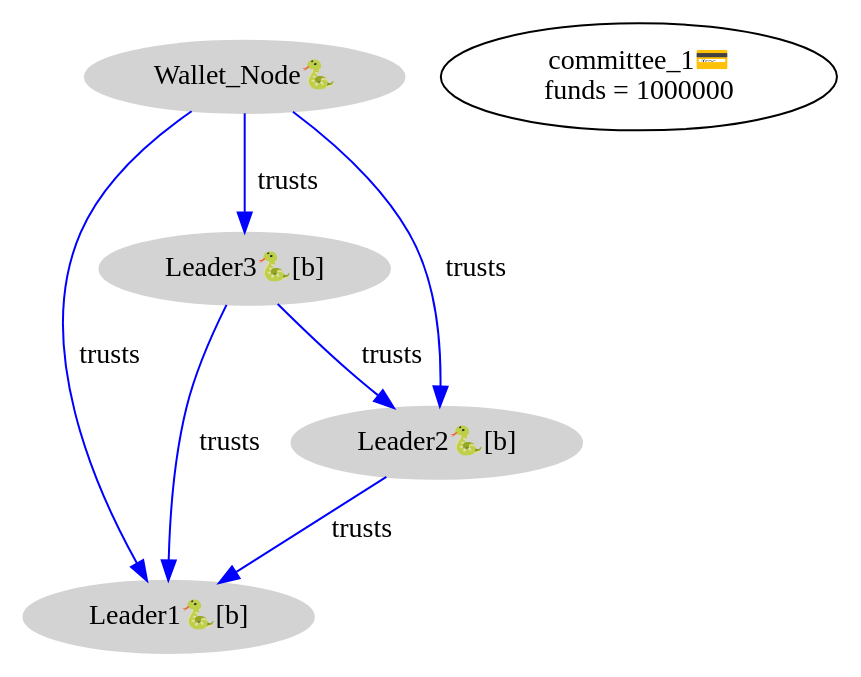
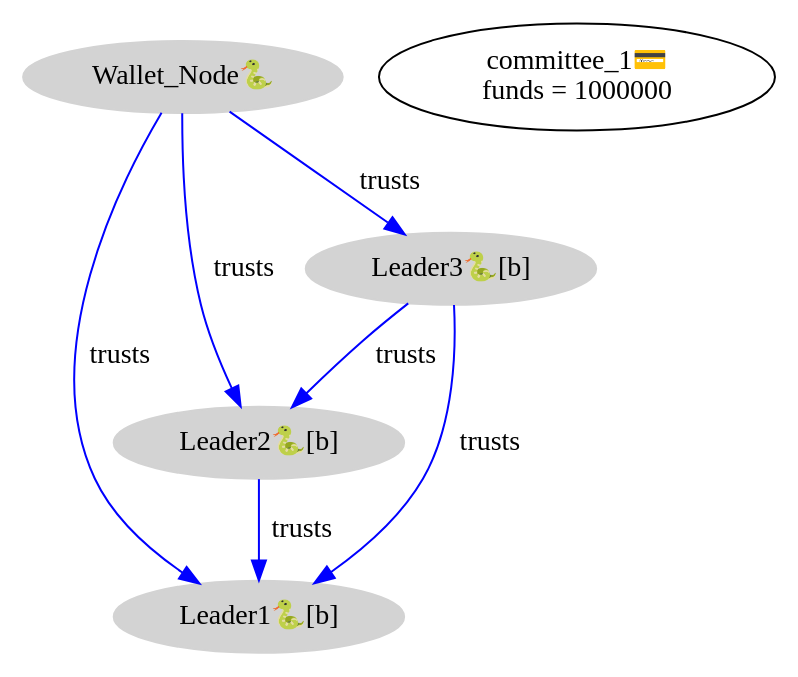
The diagram in src/vit-testing/vitup/initial_setup.dot (input-output-hk/catalyst-core), drawn with Graphviz before and after one commit. The commit also changed other lines of this file and 5 other files, not shown here.

```diff
--- a/src/vit-testing/vitup/initial_setup.dot
+++ b/src/vit-testing/vitup/initial_setup.dot
@@ -1,17 +1,17 @@
 digraph protocol {
   subgraph nodes {
     node [ style = filled; color = lightgrey ];
 
-    "Leader1🐍[b]"
-    "Leader3🐍[b]"
-    "Leader3🐍[b]" -> "Leader1🐍[b]" [ label = "trusts" ; color = blue ]
-    "Leader3🐍[b]" -> "Leader2🐍[b]" [ label = "trusts" ; color = blue ]
     "Leader2🐍[b]"
     "Leader2🐍[b]" -> "Leader1🐍[b]" [ label = "trusts" ; color = blue ]
+    "Leader3🐍[b]"
+    "Leader3🐍[b]" -> "Leader2🐍[b]" [ label = "trusts" ; color = blue ]
+    "Leader3🐍[b]" -> "Leader1🐍[b]" [ label = "trusts" ; color = blue ]
     "Wallet_Node🐍"
+    "Wallet_Node🐍" -> "Leader2🐍[b]" [ label = "trusts" ; color = blue ]
+    "Wallet_Node🐍" -> "Leader1🐍[b]" [ label = "trusts" ; color = blue ]
     "Wallet_Node🐍" -> "Leader3🐍[b]" [ label = "trusts" ; color = blue ]
-    "Wallet_Node🐍" -> "Leader1🐍[b]" [ label = "trusts" ; color = blue ]
-    "Wallet_Node🐍" -> "Leader2🐍[b]" [ label = "trusts" ; color = blue ]
+    "Leader1🐍[b]"
   }
   "committee_1💳\nfunds = 1000000"
 }
```
